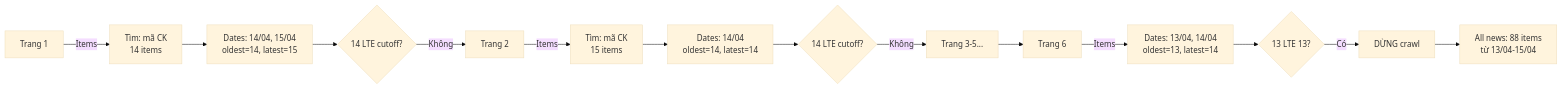
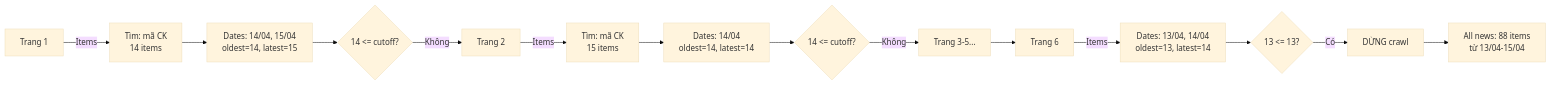
The second of 5 diagrams in FETCH_VSD_LOGIC.md (doanhieu1986/vps-automation-vhck), drawn with Mermaid (base theme) before and after one commit. The commit also changed other lines of this file, not shown here.

````diff
--- a/FETCH_VSD_LOGIC.md
+++ b/FETCH_VSD_LOGIC.md
@@ -71,16 +71,16 @@
 ```mermaid
 flowchart LR
     A["Trang 1"] -->|Items| B["Tìm: mã CK<br/>14 items"]
     B --> C["Dates: 14/04, 15/04<br/>oldest=14, latest=15"]
-    C --> D{"14 LTE cutoff?"}
+    C --> D{"14 <= cutoff?"}
     D -->|Không| E["Trang 2"]
     E -->|Items| F["Tìm: mã CK<br/>15 items"]
     F --> G["Dates: 14/04<br/>oldest=14, latest=14"]
-    G --> H{"14 LTE cutoff?"}
+    G --> H{"14 <= cutoff?"}
     H -->|Không| I["Trang 3-5..."]
     I --> J["Trang 6"]
     J -->|Items| K["Dates: 13/04, 14/04<br/>oldest=13, latest=14"]
-    K --> L{"13 LTE 13?"}
+    K --> L{"13 <= 13?"}
     L -->|Có| M["DỪNG crawl"]
     M --> N["All news: 88 items<br/>từ 13/04-15/04"]
 ```
````
